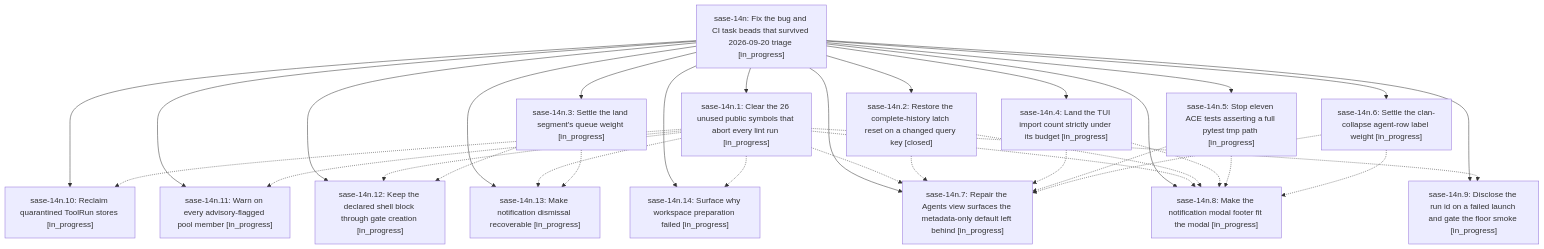
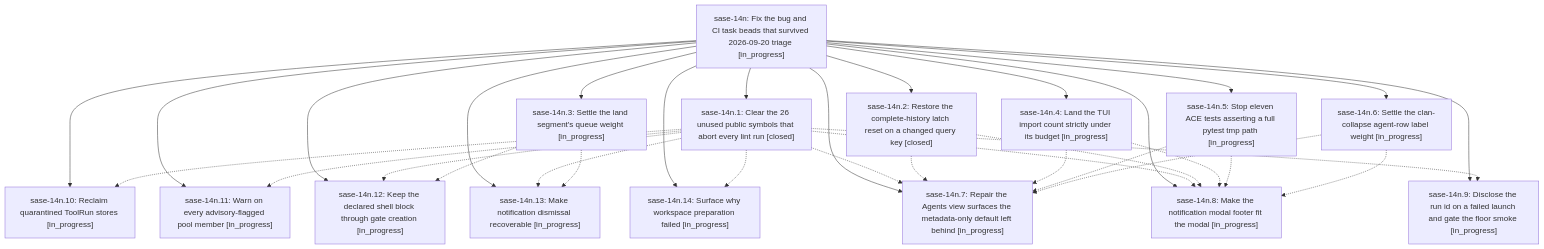
One commit to sase-org/sase--beads changed the diagram in pages/sase-14n/README.md. Above: the diagram before and after it, drawn with Mermaid. The commit also changed other lines of this file and 11 other files, not shown here.

````diff
--- a/pages/sase-14n/README.md
+++ b/pages/sase-14n/README.md
@@ -35,50 +35,50 @@
 ```mermaid
 flowchart TD
     n0["sase-14n: Fix the bug and CI task beads that survived 2026-09-20 triage [in_progress]"]
-    n1["sase-14n.1: Clear the 26 unused public symbols that abort every lint run [in_progress]"]
+    n1["sase-14n.1: Clear the 26 unused public symbols that abort every lint run [closed]"]
     n2["sase-14n.10: Reclaim quarantined ToolRun stores [in_progress]"]
     n3["sase-14n.11: Warn on every advisory-flagged pool member [in_progress]"]
     n4["sase-14n.12: Keep the declared shell block through gate creation [in_progress]"]
     n5["sase-14n.13: Make notification dismissal recoverable [in_progress]"]
     n6["sase-14n.14: Surface why workspace preparation failed [in_progress]"]
     n7["sase-14n.2: Restore the complete-history latch reset on a changed query key [closed]"]
     n8["sase-14n.3: Settle the land segment's queue weight [in_progress]"]
     n9["sase-14n.4: Land the TUI import count strictly under its budget [in_progress]"]
     n10["sase-14n.5: Stop eleven ACE tests asserting a full pytest tmp path [in_progress]"]
     n11["sase-14n.6: Settle the clan-collapse agent-row label weight [in_progress]"]
     n12["sase-14n.7: Repair the Agents view surfaces the metadata-only default left behind [in_progress]"]
     n13["sase-14n.8: Make the notification modal footer fit the modal [in_progress]"]
     n14["sase-14n.9: Disclose the run id on a failed launch and gate the floor smoke [in_progress]"]
     n0 --> n1
     n0 --> n2
     n0 --> n3
     n0 --> n4
     n0 --> n5
     n0 --> n6
     n0 --> n7
     n0 --> n8
     n0 --> n9
     n0 --> n10
     n0 --> n11
     n0 --> n12
     n0 --> n13
     n0 --> n14
     n1 -.-> n2
     n1 -.-> n3
     n1 -.-> n4
     n1 -.-> n5
     n1 -.-> n6
     n1 -.-> n12
     n1 -.-> n13
     n1 -.-> n14
     n7 -.-> n12
     n7 -.-> n13
     n8 -.-> n4
     n8 -.-> n5
     n9 -.-> n12
     n9 -.-> n13
     n10 -.-> n12
     n10 -.-> n13
     n11 -.-> n12
     n11 -.-> n13
 ```
````
